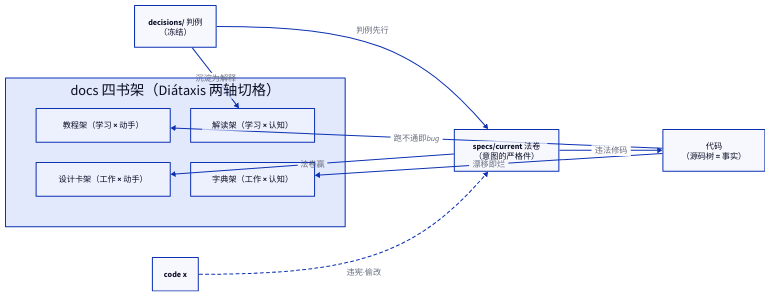
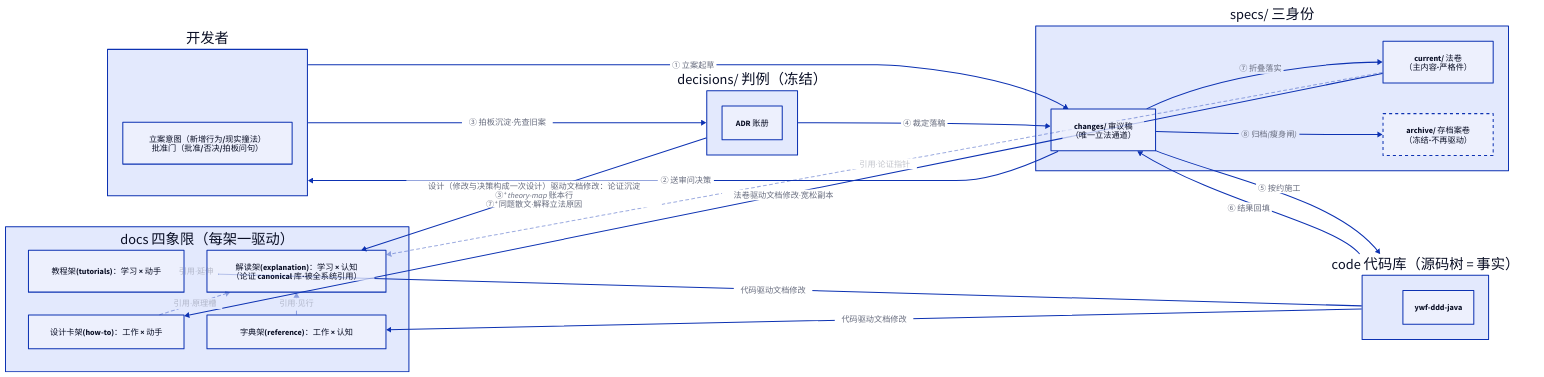
The diagram in knowledge/diagrams/knowledge/README/drive-relations.d2 (yoursweakfoe/ywf-ddd-java), drawn with D2 before and after one commit. The commit also changed 6 other files, not shown here.

Commit message:
refactor(*): d2，图形化总结spce驱动以及文档积累流程

```diff
--- a/knowledge/diagrams/knowledge/README/drive-relations.d2
+++ b/knowledge/diagrams/knowledge/README/drive-relations.d2
@@ -1,23 +1,61 @@
 direction: right
 
-code: "代码\n（源码树 = 事实）"
-law: "specs/current 法卷\n（意图的严格件）"
-dec: "decisions/ 判例\n（冻结）"
+# 发起与裁决同人：开发者 = 项目主（图外无第三方）；容器内部层只写身份不写动作细节
+dev: {
+  label: "开发者"
+  role: "立案意图（新增行为/现实撞法）\n批准门（批准/否决/拍板问句）"
+}
+
+code: {
+  label: "code 代码库（源码树 = 事实）"
+  repo: "ywf-ddd-java"
+}
+
+dec: {
+  label: "decisions/ 判例（冻结）"
+  adrs: "ADR 账册"
+}
+
+specs: {
+  label: "specs/ 三身份"
+  changes: "changes/ 审议稿\n（唯一立法通道）"
+  current: "current/ 法卷\n（主内容·严格件）"
+  archive: "archive/ 存档案卷\n（冻结·不再驱动）" { style.stroke-dash: 3 }
+}
 
 docs: {
-  label: "docs 四书架（Diátaxis 两轴切格）"
+  label: "docs 四象限（每架一驱动）"
   grid-columns: 2
   grid-rows: 2
-  tutorials: "教程架（学习 × 动手）"
-  how-to: "设计卡架（工作 × 动手）"
-  explanation: "解读架（学习 × 认知）"
-  reference: "字典架（工作 × 认知）"
+  grid-gap: 45
+  tutorials: "教程架(tutorials)：学习 × 动手"
+  how-to: "设计卡架(how-to)：工作 × 动手"
+  explanation: "解读架(explanation)：学习 × 认知\n（论证 canonical 库·被全系统引用）"
+  reference: "字典架(reference)：工作 × 认知"
 }
 
-dec -> law: "判例先行"
-dec -> docs.explanation: "沉淀为解释"
-law -> docs.how-to: "法卷赢"
-law -> code: "违法修码"
-code -> docs.tutorials: "跑不通即bug"
-code -> docs.reference: "漂移即烂"
-code x-> law: "违宪·偷改" { style.stroke-dash: 3 }
+# ── 立法流程 ①–⑧（编号=先后序；全量语义在 README 锚表，图上只留工序名）──
+# near: center = 标签钉死本线中点（TALA 默认自动侧移避让，密区里标签会漂到邻线上造成误读）
+dev -> specs.changes: "① 立案起草" { near: center }
+specs.changes -> dev: "② 送审问决策" { near: center }
+# 判例先行折入 ③ 标签：裁前必翻 decisions/ 旧案；撞案=新立 ADR supersede，旧案正文一个字不动
+dev -> dec: "③ 拍板沉淀·先查旧案" { near: center }
+dec -> specs.changes: "④ 裁定落稿" { near: center }
+specs.changes -> code: "⑤ 按约施工" { near: center }
+code -> specs.changes: "⑥ 结果回填" { near: center }
+specs.changes -> specs.current: "⑦ 折叠落实" { near: center }
+specs.changes -> specs.archive: "⑧ 归档(瘦身闸)" { near: center }
+# 论证沉淀不是静态关系，是挂在线上两个时刻的分支义务：③⁺ 账本行（归属法§4 新设计决策行，与ADR同案）；
+# ⑦⁺ 同题散文随动（new-bill 6.4 连带义务——法未定稿，散文没有稳定对象，故等折叠同PR）
+dec -> docs.explanation: "设计（修改与决策构成一次设计）驱动文档修改：论证沉淀\n③⁺ theory-map 账本行\n⑦⁺ 同题散文·解释立法原因" { near: center }
+
+# ── 四象限静态驱动源（无编号 = 常态归属，非流程）──
+code -> docs.tutorials: "代码驱动文档修改" { near: center }
+code -> docs.reference: "代码驱动文档修改" { near: center }
+specs.current -> docs.how-to: "法卷驱动文档修改·宽松副本" { near: center }
+
+# ── 解读架引用面（淡虚线 = 阅读时引用，非驱动；时效仍经论证中转）──
+docs.how-to -> docs.explanation: "引用·原理槽" { style.stroke-dash: 3; style.opacity: 0.4 }
+docs.reference -> docs.explanation: "引用·见行" { style.stroke-dash: 3; style.opacity: 0.4 }
+docs.tutorials -> docs.explanation: "引用·延伸" { style.stroke-dash: 3; style.opacity: 0.4 }
+specs.current -> docs.explanation: "引用·论证指针" { style.stroke-dash: 3; style.opacity: 0.4 }
```
